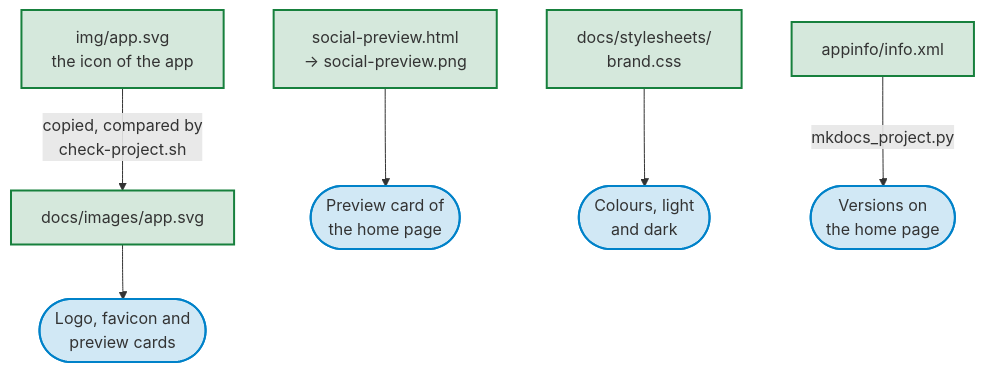
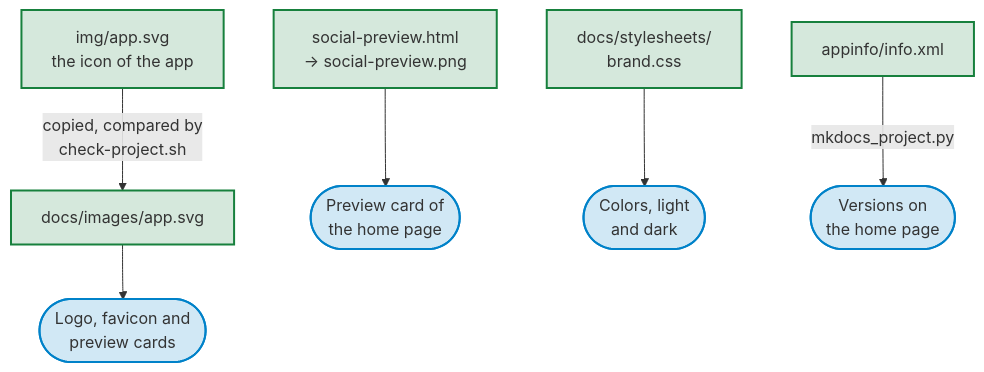
The eighth of 8 diagrams in README.md (Dennis-Otto/paperless-sync), drawn with Mermaid before and after one commit. The commit also changed other lines of this file and 6 other files, not shown here.

First line of the commit message:
docs(website): test the hook and keep the home page readable on GitHub

````diff
--- a/README.md
+++ b/README.md
@@ -396,26 +396,26 @@
 ```mermaid
 flowchart TB
     accTitle: Where the website of Paperless Sync takes its look from
-    accDescr: The icon of the app, img/app.svg, is copied to docs/images/app.svg, which scripts/check-project.sh compares with it; the website shows the copy as its logo, its favicon and on the preview cards of its pages. The social preview of the repository, rendered from .github/social-preview.html, is the preview card of the home page. The colours come from docs/stylesheets/brand.css, and the hook .github/mkdocs_project.py writes the versions of appinfo/info.xml on the home page. The files of the repository are green, the parts of the website blue.
+    accDescr: The icon of the app, img/app.svg, is copied to docs/images/app.svg, which scripts/check-project.sh compares with it; the website shows the copy as its logo, its favicon and on the preview cards of its pages. The social preview of the repository, rendered from .github/social-preview.html, is the preview card of the home page. The colors come from docs/stylesheets/brand.css, and the hook .github/mkdocs_project.py writes the versions of appinfo/info.xml on the home page. The files of the repository are green, the parts of the website blue.
 
     icon["img/app.svg<br>the icon of the app"]
     copy["docs/images/app.svg"]
     preview["social-preview.html<br>→ social-preview.png"]
-    colours["docs/stylesheets/<br>brand.css"]
+    colors["docs/stylesheets/<br>brand.css"]
     info["appinfo/info.xml"]
     logo(["Logo, favicon and<br>preview cards"])
     home(["Preview card of<br>the home page"])
-    palette(["Colours, light<br>and dark"])
+    palette(["Colors, light<br>and dark"])
     chips(["Versions on<br>the home page"])
 
     icon -- "copied, compared by<br>check-project.sh" --> copy
     copy --> logo
     preview --> home
-    colours --> palette
+    colors --> palette
     info -- "mkdocs_project.py" --> chips
 
     classDef source fill:#17803d2e,stroke:#17803d,stroke-width:2px
     classDef website fill:#0082c92e,stroke:#0082c9,stroke-width:2px
-    class icon,copy,preview,colours,info source
+    class icon,copy,preview,colors,info source
     class logo,home,palette,chips website
 ```
````
